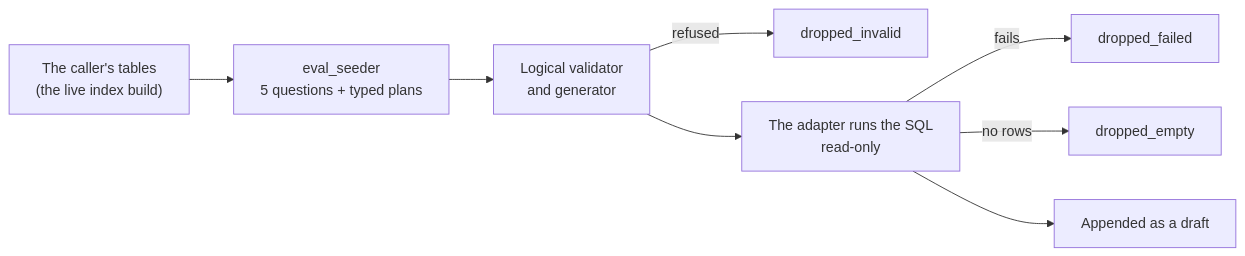
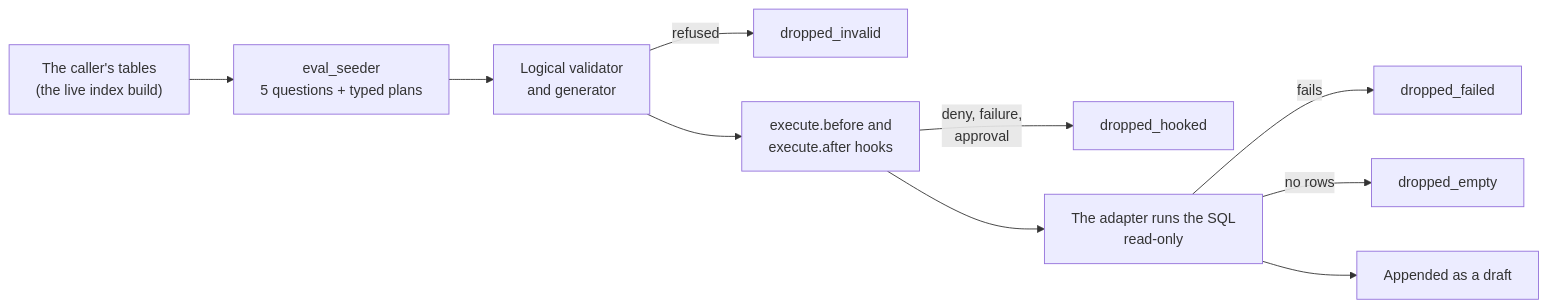
One commit to nadeem4/nl2sql changed the diagram in docs/evals/seeding.md. Above: the diagram before and after it, drawn with Mermaid. The commit also changed other lines of this file and 11 other files, not shown here.

Commit message:
fix(evals): seeding keeps the plan that made its SQL, per-role outcome, execute hooks, one draft guard, one-row check, call-limit report (V3 review)

````diff
--- a/docs/evals/seeding.md
+++ b/docs/evals/seeding.md
@@ -26,10 +26,12 @@
 ```mermaid
 flowchart LR
   S["The caller's tables<br/>(the live index build)"] --> M["eval_seeder<br/>5 questions + typed plans"]
   M --> V["Logical validator<br/>and generator"]
   V -->|refused| DI["dropped_invalid"]
-  V --> X["The adapter runs the SQL<br/>read-only"]
+  V --> H["execute.before and<br/>execute.after hooks"]
+  H -->|"deny, failure,<br/>approval"| DH["dropped_hooked"]
+  H --> X["The adapter runs the SQL<br/>read-only"]
   X -->|fails| DF["dropped_failed"]
   X -->|no rows| DE["dropped_empty"]
   X --> W["Appended as a draft"]
 ```
````
